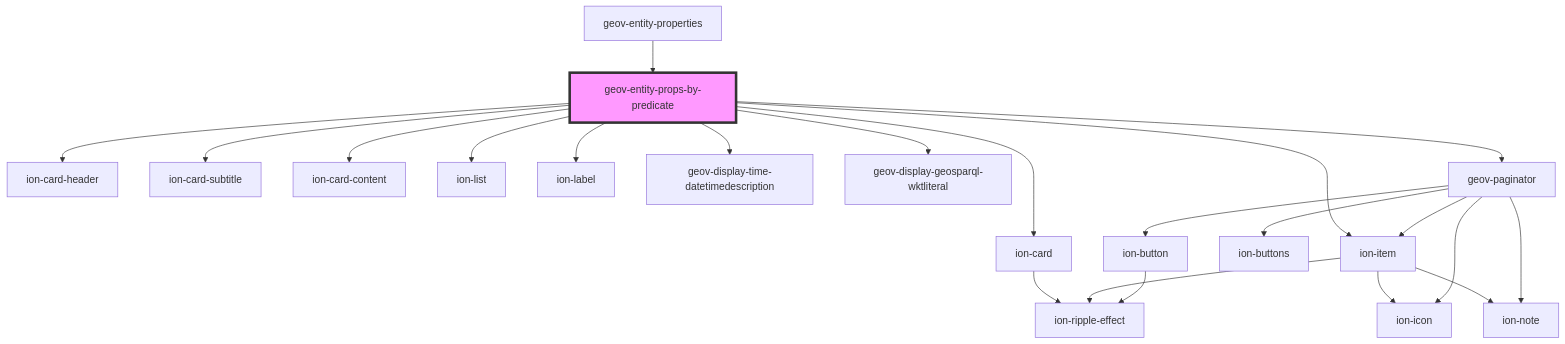
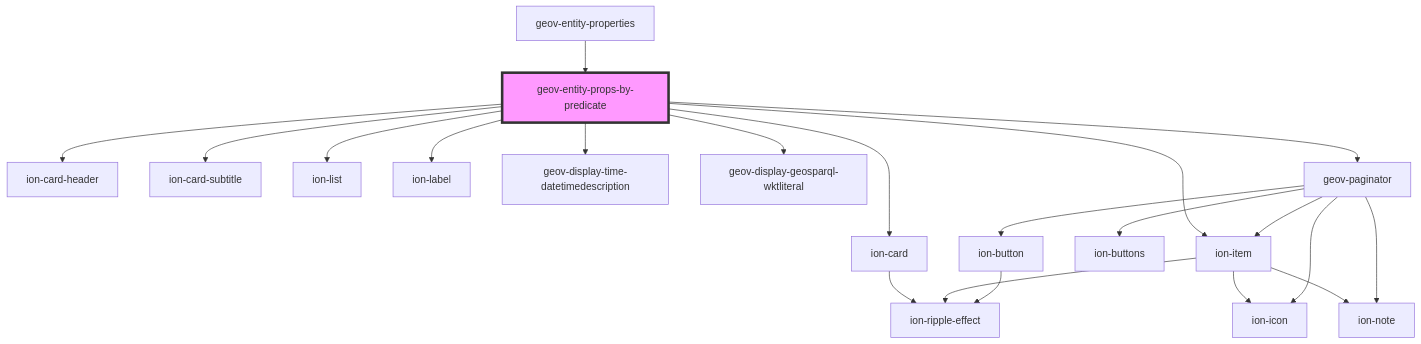
The diagram in packages/design-system-web/src/components/geov-entity-props-by-predicate/readme.md (geovistory/design-system), drawn with Mermaid before and after one commit. The commit also changed other lines of this file and 5 other files, not shown here.

````diff
--- a/packages/design-system-web/src/components/geov-entity-props-by-predicate/readme.md
+++ b/packages/design-system-web/src/components/geov-entity-props-by-predicate/readme.md
@@ -53,25 +52,24 @@
 ```mermaid
 graph TD;
   geov-entity-props-by-predicate --> ion-card
   geov-entity-props-by-predicate --> ion-card-header
   geov-entity-props-by-predicate --> ion-card-subtitle
-  geov-entity-props-by-predicate --> ion-card-content
   geov-entity-props-by-predicate --> ion-list
   geov-entity-props-by-predicate --> ion-item
   geov-entity-props-by-predicate --> ion-label
   geov-entity-props-by-predicate --> geov-display-time-datetimedescription
   geov-entity-props-by-predicate --> geov-display-geosparql-wktliteral
   geov-entity-props-by-predicate --> geov-paginator
   ion-card --> ion-ripple-effect
   ion-item --> ion-icon
   ion-item --> ion-ripple-effect
   ion-item --> ion-note
   geov-paginator --> ion-item
   geov-paginator --> ion-note
   geov-paginator --> ion-buttons
   geov-paginator --> ion-button
   geov-paginator --> ion-icon
   ion-button --> ion-ripple-effect
   geov-entity-properties --> geov-entity-props-by-predicate
   style geov-entity-props-by-predicate fill:#f9f,stroke:#333,stroke-width:4px
 ```
````
